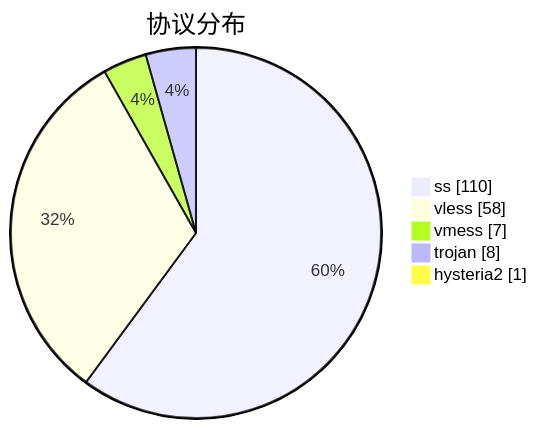
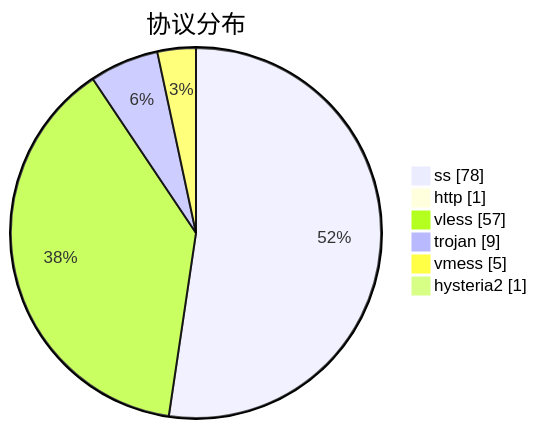
Before and after one commit to qjlxg/airport: the third of 3 diagrams in subs/statistics/tested_within.md, drawn with Mermaid. The commit also changed other lines of this file and 2 other files, not shown here.

````diff
--- a/subs/statistics/tested_within.md
+++ b/subs/statistics/tested_within.md
@@ -27,9 +26,10 @@
 ```mermaid
 pie showData
 title 协议分布
-"ss" : 110
-"vless" : 58
-"vmess" : 7
-"trojan" : 8
+"ss" : 78
+"http" : 1
+"vless" : 57
+"trojan" : 9
+"vmess" : 5
 "hysteria2" : 1
 ```
````
